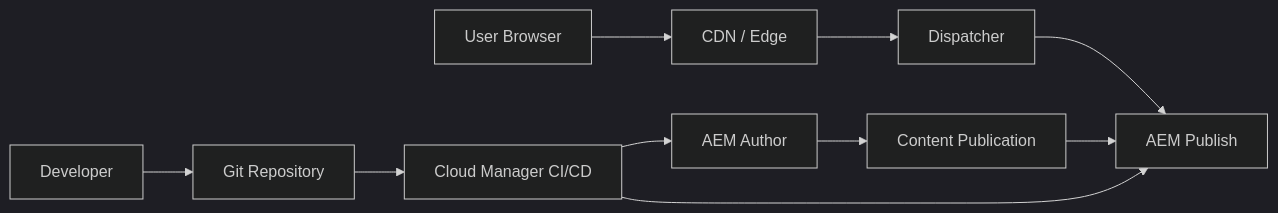
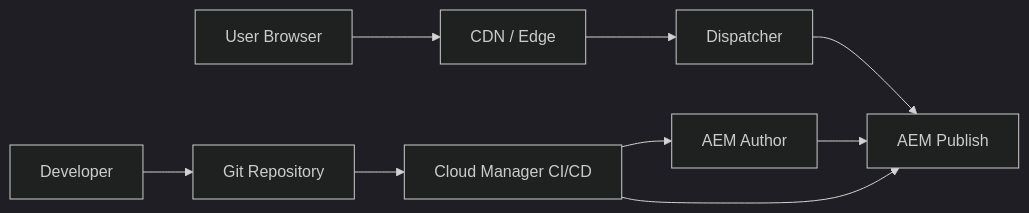
The diagram in README.md (sumanthkiran91/aem-enterprise-development-showcase), drawn with Mermaid (dark theme) before and after one commit. The commit also changed other lines of this file and 138 other files, not shown here.

````diff
--- a/README.md
+++ b/README.md
@@ -54,12 +54,11 @@
 ```mermaid
 flowchart LR
     User[User Browser] --> CDN[CDN / Edge]
     CDN --> Dispatcher[Dispatcher]
     Dispatcher --> Publish[AEM Publish]
-    Author[AEM Author] --> Replication[Content Publication]
-    Replication --> Publish
+    Author[AEM Author] --> Publish
     Dev[Developer] --> Git[Git Repository]
     Git --> CloudManager[Cloud Manager CI/CD]
     CloudManager --> Author
     CloudManager --> Publish
 ```
````
